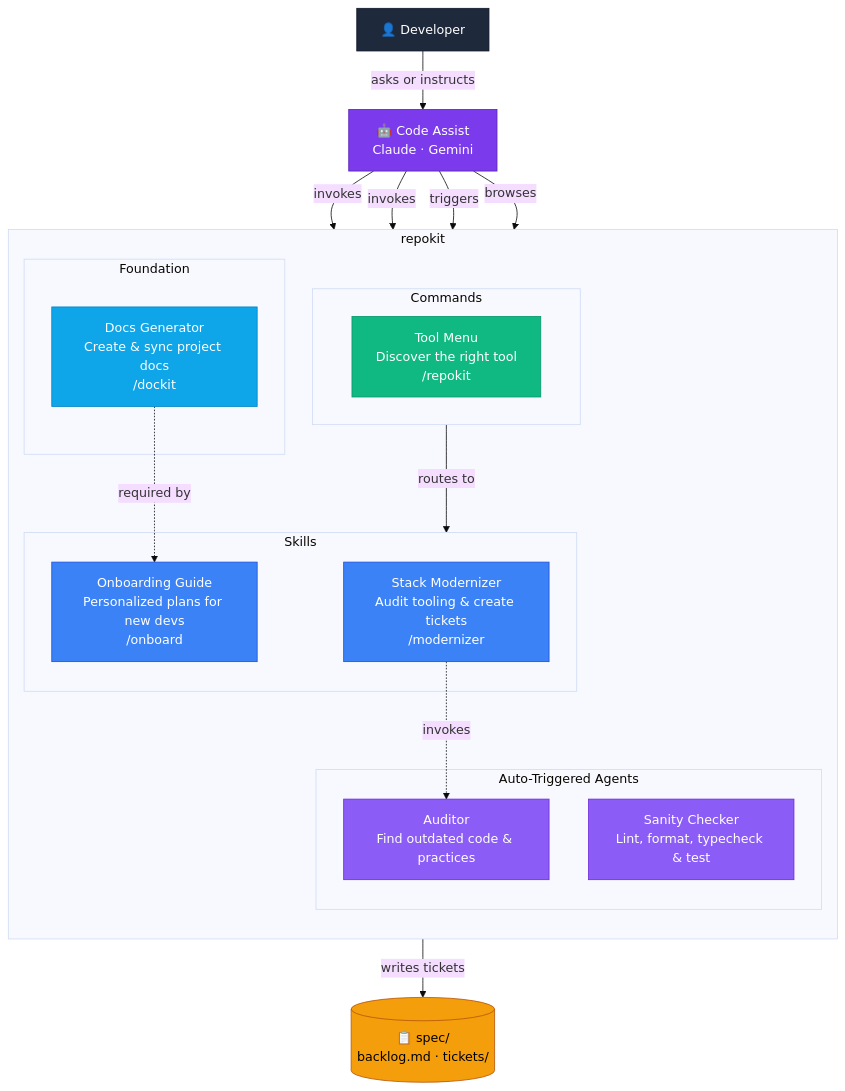
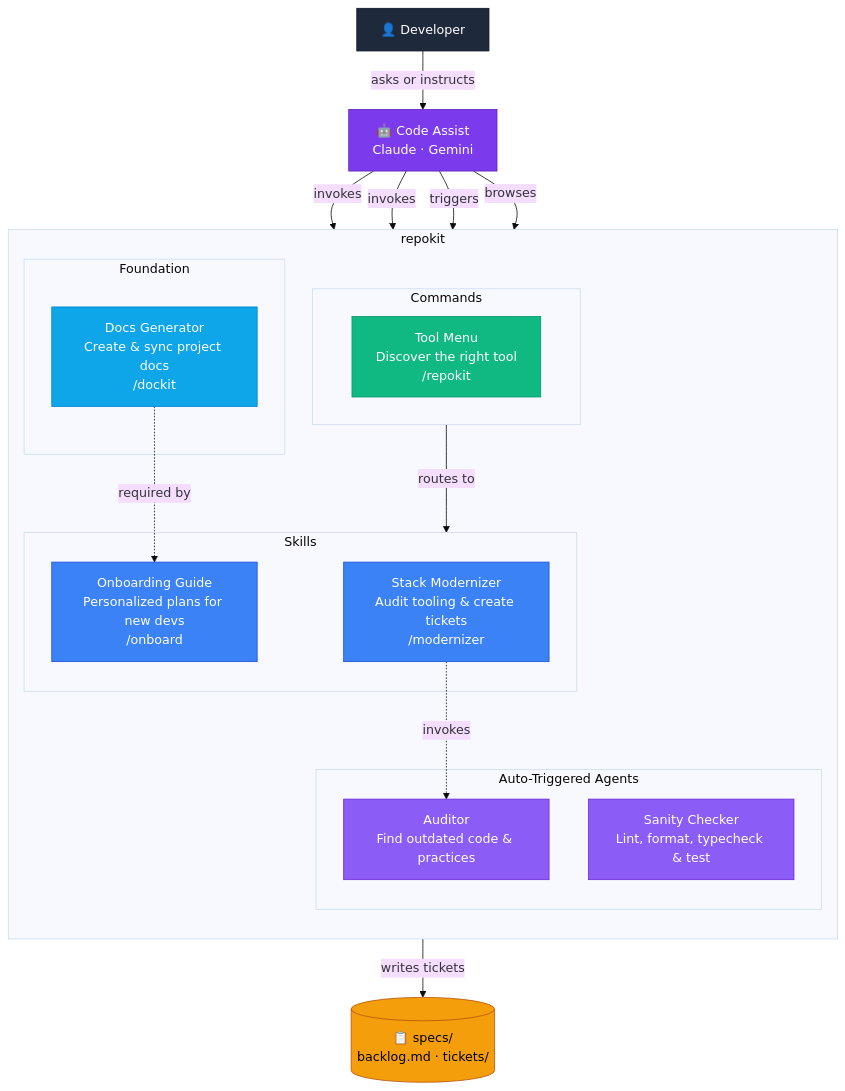
The first of 4 diagrams in .claude/commands/diagram.md (TheLampshady/repokit), drawn with Mermaid (base theme) before and after one commit. The commit also changed other lines of this file and 18 other files, not shown here.

````diff
--- a/.claude/commands/diagram.md
+++ b/.claude/commands/diagram.md
@@ -74,56 +74,56 @@
 ```mermaid
 graph TD
     subgraph repokit["repokit"]
         direction TB
 
         subgraph foundation["Foundation"]
             S_dockit["Docs Generator\nCreate & sync project docs\n/dockit"]
         end
 
         subgraph skills_box["Skills"]
             S_modernizer["Stack Modernizer\nAudit tooling & create tickets\n/modernizer"]
             S_onboard["Onboarding Guide\nPersonalized plans for new devs\n/onboard"]
         end
 
         subgraph agents_box["Auto-Triggered Agents"]
             A_sanity["Sanity Checker\nLint, format, typecheck & test"]
             A_auditor["Auditor\nFind outdated code & practices"]
         end
 
         subgraph commands_box["Commands"]
             C_repokit["Tool Menu\nDiscover the right tool\n/repokit"]
         end
     end
 
     Dev["👤 Developer"]
     CA["🤖 Code Assist\nClaude · Gemini"]
-    Spec[("📋 spec/\nbacklog.md · tickets/")]
+    Spec[("📋 specs/\nbacklog.md · tickets/")]
 
     Dev -->|"asks or instructs"| CA
     CA -->|"invokes"| foundation
     CA -->|"invokes"| skills_box
     CA -->|"triggers"| agents_box
     CA -->|"browses"| commands_box
     commands_box -->|"routes to"| skills_box
 
     S_dockit -.->|"required by"| S_onboard
     S_modernizer -.->|"invokes"| A_auditor
 
     S_modernizer -->|"writes tickets"| Spec
 
     classDef skill   fill:#3b82f6,stroke:#1d4ed8,color:#fff
     classDef agent   fill:#8b5cf6,stroke:#6d28d9,color:#fff
     classDef command fill:#10b981,stroke:#059669,color:#fff
     classDef storage fill:#f59e0b,stroke:#b45309,color:#000
     classDef dev     fill:#1e293b,stroke:#0f172a,color:#fff
     classDef ai      fill:#7c3aed,stroke:#5b21b6,color:#fff
     classDef found   fill:#0ea5e9,stroke:#0284c7,color:#fff
 
     class S_modernizer,S_onboard skill
     class A_sanity,A_auditor agent
     class C_repokit command
     class Spec storage
     class Dev dev
     class CA ai
     class S_dockit found
 ```
````
